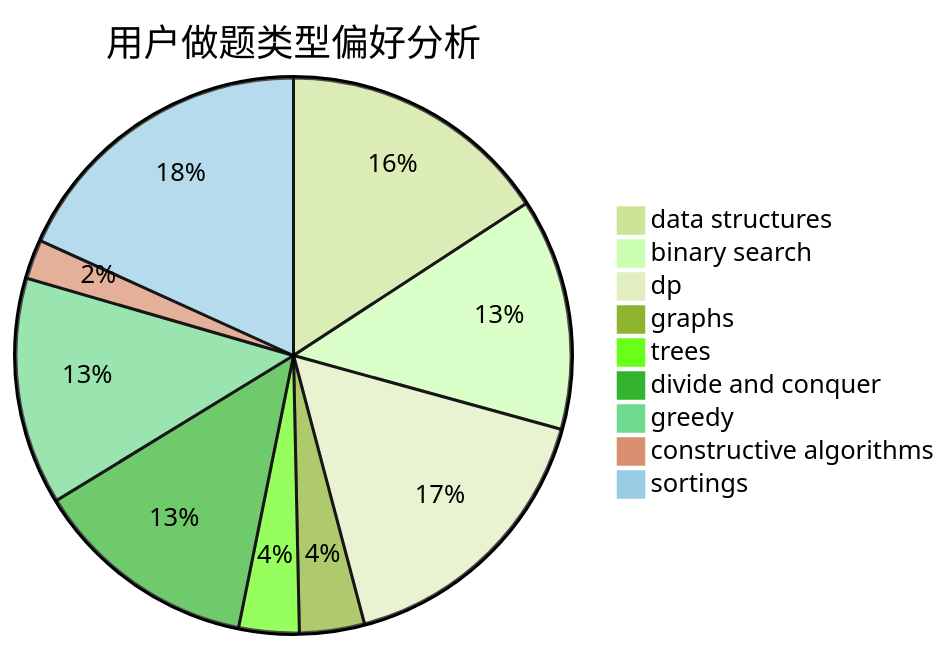
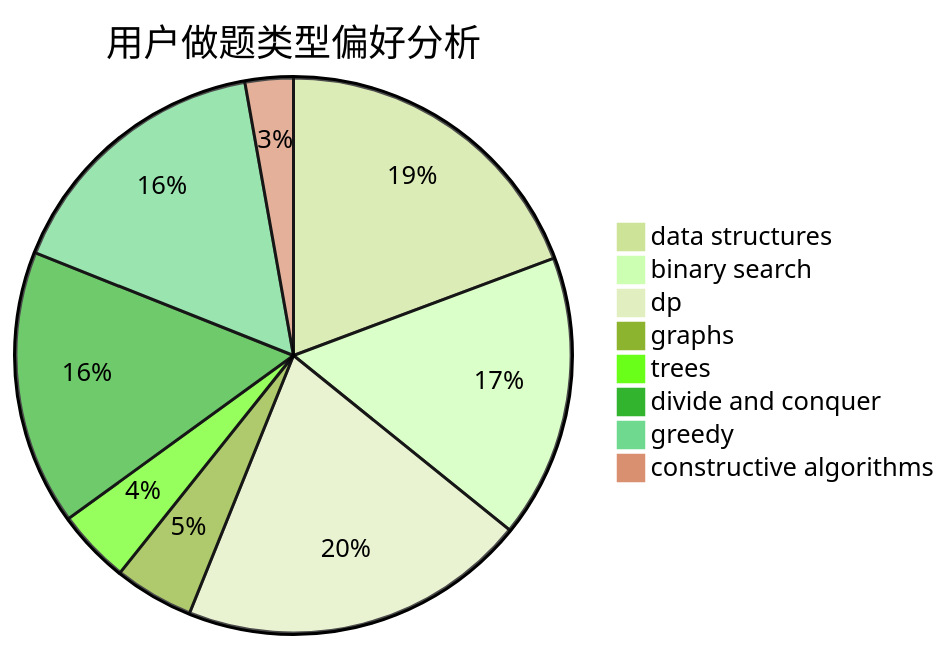
The second of 3 diagrams in docs/user/u1359.md (sherpahu/cfrs.github.io), drawn with Mermaid (forest theme) before and after one commit. The commit also changed other lines of this file and 2769 other files, not shown here.

````diff
--- a/docs/user/u1359.md
+++ b/docs/user/u1359.md
@@ -18,12 +18,11 @@
 ```mermaid
 pie title 用户做题类型偏好分析
     "data structures" :  117
     "binary search" :  100
     "dp" :  123
     "graphs" :  28
     "trees" :  26
     "divide and conquer" :  97
     "greedy" :  98
     "constructive algorithms" :  17
-    "sortings" :  135
 ```
````
